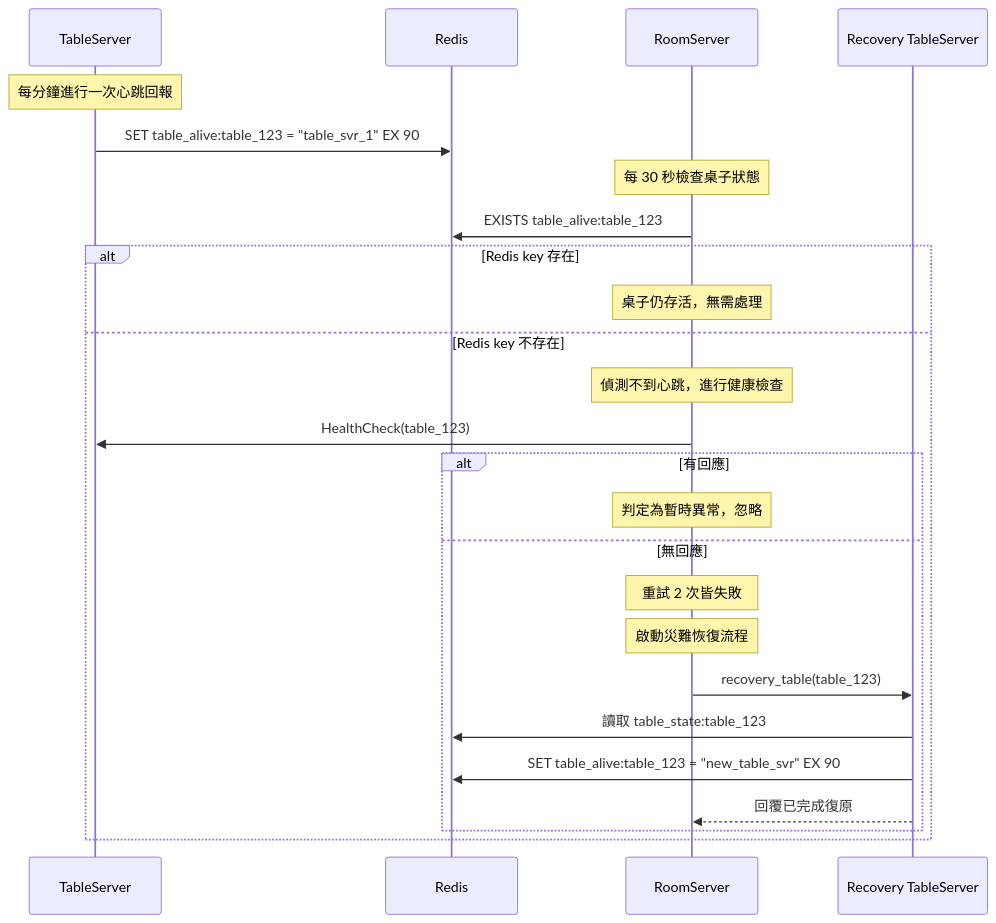
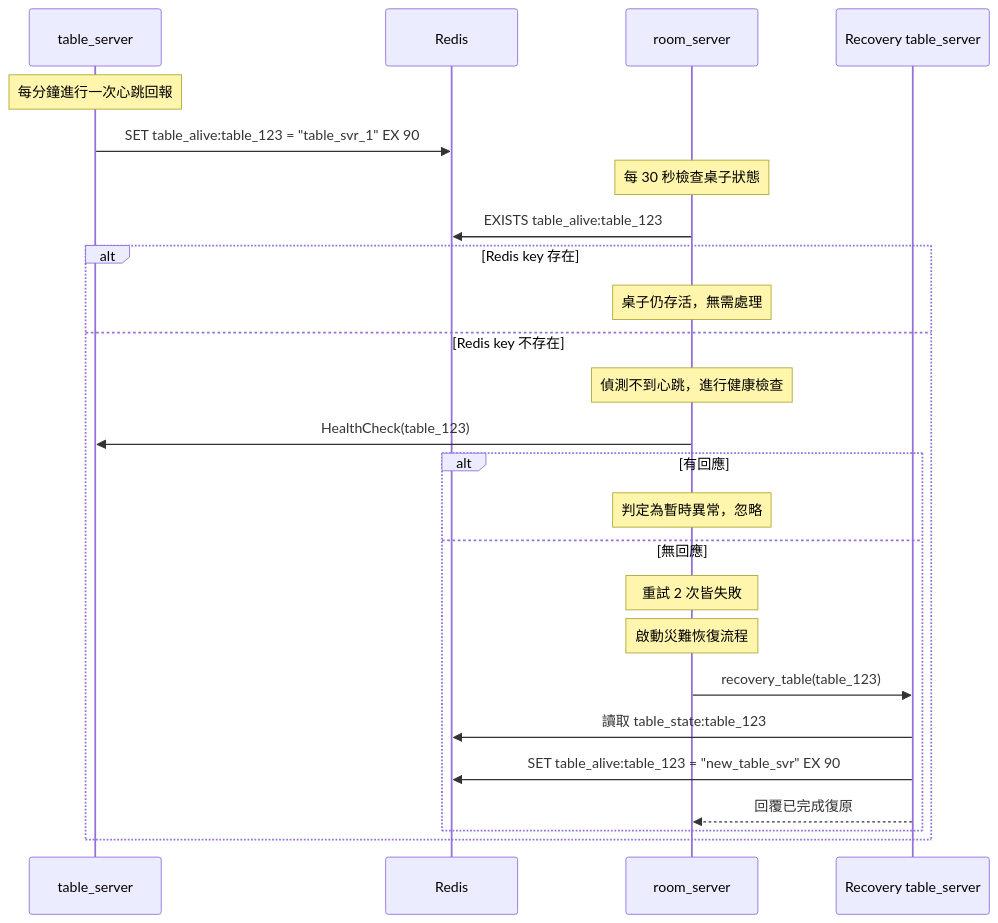
Before and after one commit to leeisman/poker_architecture: the diagram in table_recovery.md, drawn with Mermaid. The commit also changed other lines of this file and 12 other files, not shown here.

````diff
--- a/table_recovery.md
+++ b/table_recovery.md
@@ -9,33 +9,33 @@
 ```mermaid
 sequenceDiagram
-    participant Table as TableServer
+    participant Table as table_server
     participant Redis as Redis
-    participant Room as RoomServer
-    participant NewTable as Recovery TableServer
+    participant Room as room_server
+    participant NewTable as Recovery table_server
 
     Note over Table: 每分鐘進行一次心跳回報
 
     Table->>Redis: SET table_alive:table_123 = "table_svr_1" EX 90
 
     Note over Room: 每 30 秒檢查桌子狀態
     Room->>Redis: EXISTS table_alive:table_123
 
     alt Redis key 存在
         Note over Room: 桌子仍存活，無需處理
     else Redis key 不存在
         Note over Room: 偵測不到心跳，進行健康檢查
 
         Room->>Table: HealthCheck(table_123)
         alt 有回應
             Note over Room: 判定為暫時異常，忽略
         else 無回應
             Note over Room: 重試 2 次皆失敗
             Note over Room: 啟動災難恢復流程
 
             Room->>NewTable: recovery_table(table_123)
             NewTable->>Redis: 讀取 table_state:table_123
             NewTable->>Redis: SET table_alive:table_123 = "new_table_svr" EX 90
             NewTable-->>Room: 回覆已完成復原
         end
     end
 ```
````
